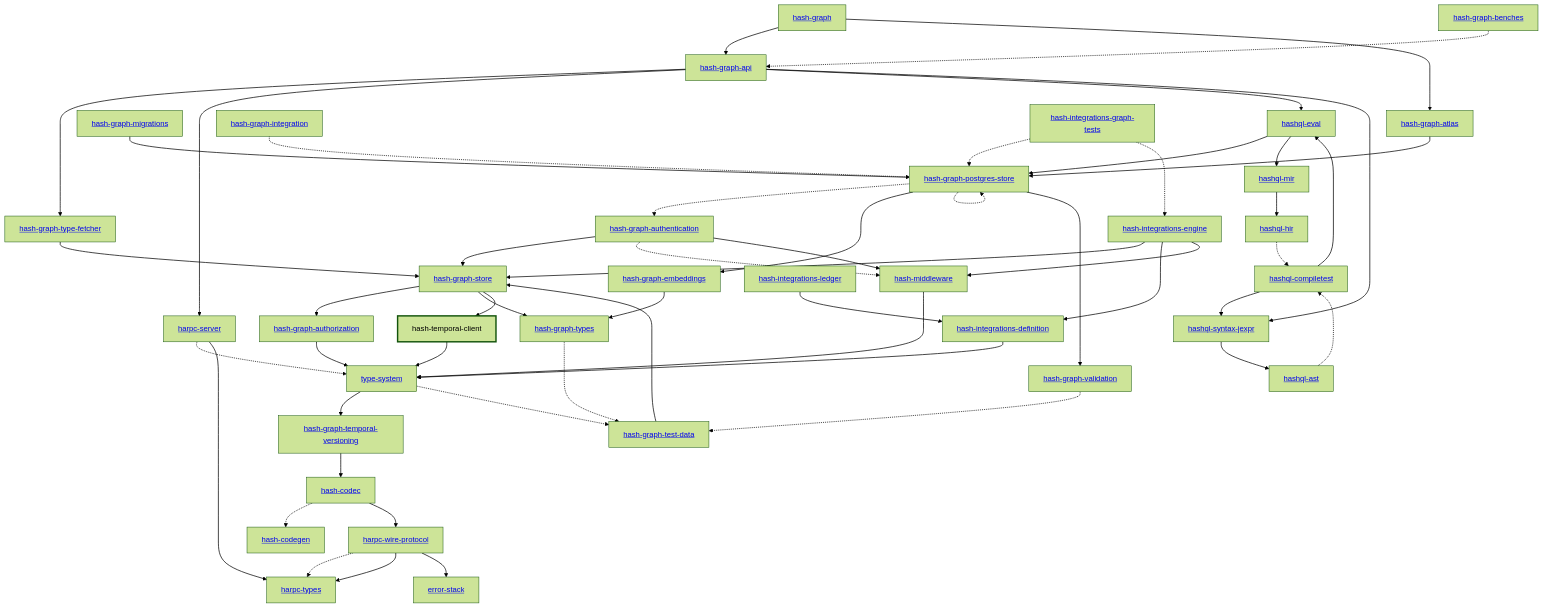
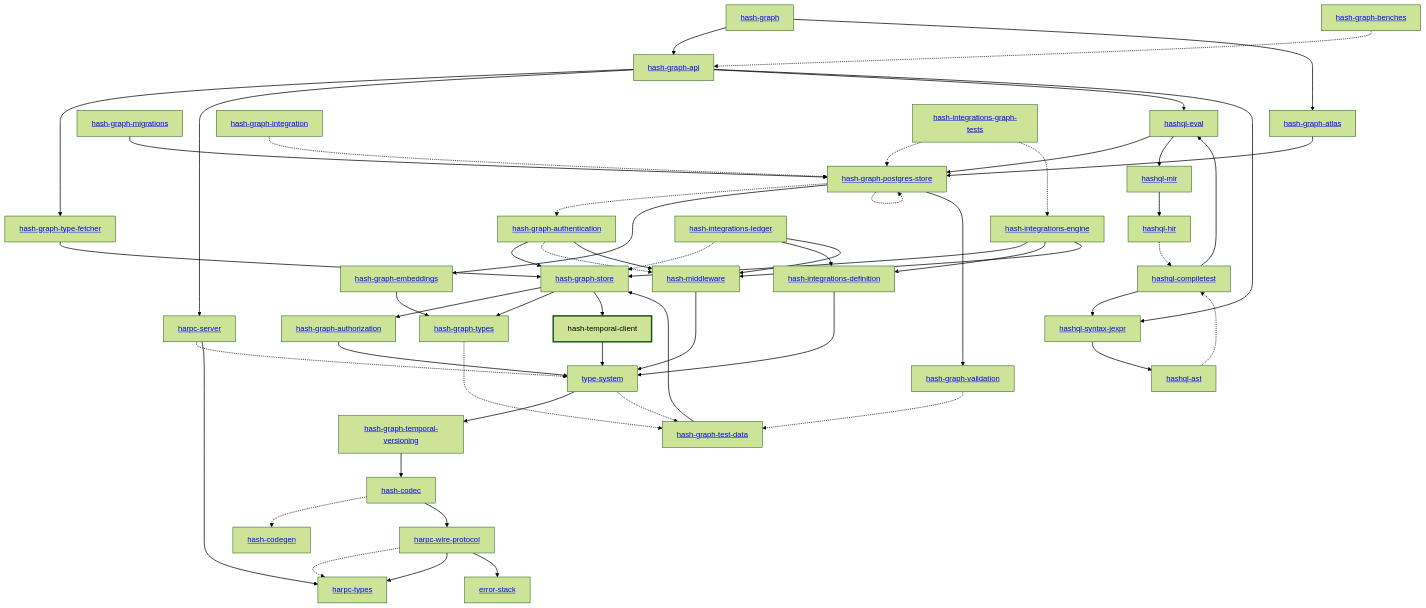
The diagram in libs/@local/temporal-client/docs/dependency-diagram.mmd (hashintel/hash), drawn with Mermaid (forest theme) before and after one commit. The commit also changed 13 other files, not shown here.

Commit message:
Regenerate the dependency diagrams that include the ledger crate

```diff
--- a/libs/@local/temporal-client/docs/dependency-diagram.mmd
+++ b/libs/@local/temporal-client/docs/dependency-diagram.mmd
@@ -1,99 +1,101 @@
 graph TD
     linkStyle default stroke-width:1.5px
     classDef default stroke-width:1px
     classDef root stroke-width:3px
     classDef dev stroke-width:1px
     classDef build stroke-width:1px
     %% Legend
     %% --> : Normal dependency
     %% -.-> : Dev dependency
     %% ---> : Build dependency
     0[<a href="../hash_graph/index.html">hash-graph</a>]
     1[<a href="../type_system/index.html">type-system</a>]
     2[<a href="../hash_codec/index.html">hash-codec</a>]
     3[<a href="../hash_codegen/index.html">hash-codegen</a>]
     4[<a href="../hash_graph_api/index.html">hash-graph-api</a>]
     5[<a href="../hash_graph_atlas/index.html">hash-graph-atlas</a>]
     6[<a href="../hash_graph_authentication/index.html">hash-graph-authentication</a>]
     7[<a href="../hash_graph_authorization/index.html">hash-graph-authorization</a>]
     8[<a href="../hash_graph_embeddings/index.html">hash-graph-embeddings</a>]
     9[<a href="../hash_graph_migrations/index.html">hash-graph-migrations</a>]
     10[<a href="../hash_graph_postgres_store/index.html">hash-graph-postgres-store</a>]
     11[<a href="../hash_graph_store/index.html">hash-graph-store</a>]
     12[<a href="../hash_graph_temporal_versioning/index.html">hash-graph-temporal-versioning</a>]
     13[<a href="../hash_graph_type_fetcher/index.html">hash-graph-type-fetcher</a>]
     14[<a href="../hash_graph_types/index.html">hash-graph-types</a>]
     15[<a href="../hash_graph_validation/index.html">hash-graph-validation</a>]
     16[<a href="../harpc_server/index.html">harpc-server</a>]
     17[<a href="../harpc_types/index.html">harpc-types</a>]
     18[<a href="../harpc_wire_protocol/index.html">harpc-wire-protocol</a>]
     19[<a href="../hashql_ast/index.html">hashql-ast</a>]
     20[<a href="../hashql_compiletest/index.html">hashql-compiletest</a>]
     21[<a href="../hashql_eval/index.html">hashql-eval</a>]
     22[<a href="../hashql_hir/index.html">hashql-hir</a>]
     23[<a href="../hashql_mir/index.html">hashql-mir</a>]
     24[<a href="../hashql_syntax_jexpr/index.html">hashql-syntax-jexpr</a>]
     25[<a href="../hash_integrations_definition/index.html">hash-integrations-definition</a>]
     26[<a href="../hash_integrations_engine/index.html">hash-integrations-engine</a>]
     27[<a href="../hash_integrations_ledger/index.html">hash-integrations-ledger</a>]
     28[<a href="../hash_middleware/index.html">hash-middleware</a>]
     29[hash-temporal-client]
     class 29 root
     30[<a href="../error_stack/index.html">error-stack</a>]
     31[<a href="../hash_graph_benches/index.html">hash-graph-benches</a>]
     32[<a href="../hash_graph_integration/index.html">hash-graph-integration</a>]
     33[<a href="../hash_graph_test_data/index.html">hash-graph-test-data</a>]
     34[<a href="../hash_integrations_graph_tests/index.html">hash-integrations-graph-tests</a>]
     0 --> 4
     0 --> 5
     1 --> 12
     1 -.-> 33
     2 -.-> 3
     2 --> 18
     4 --> 13
     4 --> 16
     4 --> 21
     4 --> 24
     5 --> 10
     6 --> 11
     6 -.-> 28
     6 --> 28
     7 --> 1
     8 --> 14
     9 --> 10
     10 -.-> 6
     10 --> 8
     10 -.-> 10
     10 --> 15
     11 --> 7
     11 --> 14
     11 --> 29
     12 --> 2
     13 --> 11
     14 -.-> 33
     15 -.-> 33
     16 -.-> 1
     16 --> 17
     18 -.-> 17
     18 --> 17
     18 --> 30
     19 -.-> 20
     20 --> 21
     20 --> 24
     21 --> 10
     21 --> 23
     22 -.-> 20
     23 --> 22
     24 --> 19
     25 --> 1
     26 --> 11
     26 --> 25
     26 --> 28
+    27 -.-> 11
     27 --> 25
+    27 --> 28
     28 --> 1
     29 --> 1
     31 -.-> 4
     32 -.-> 10
     33 --> 11
     34 -.-> 10
     34 -.-> 26
```
